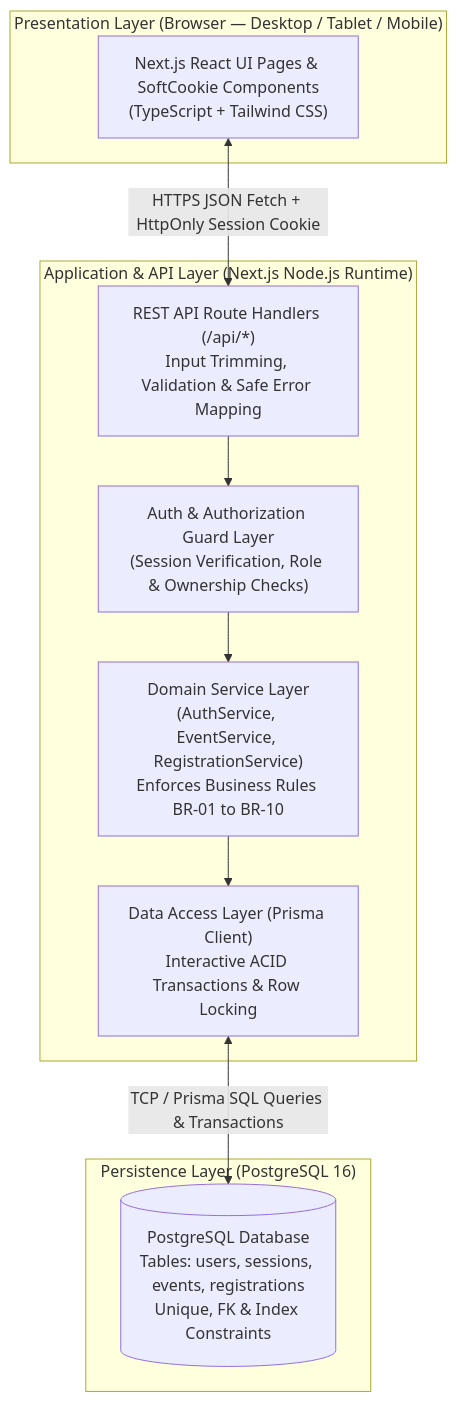
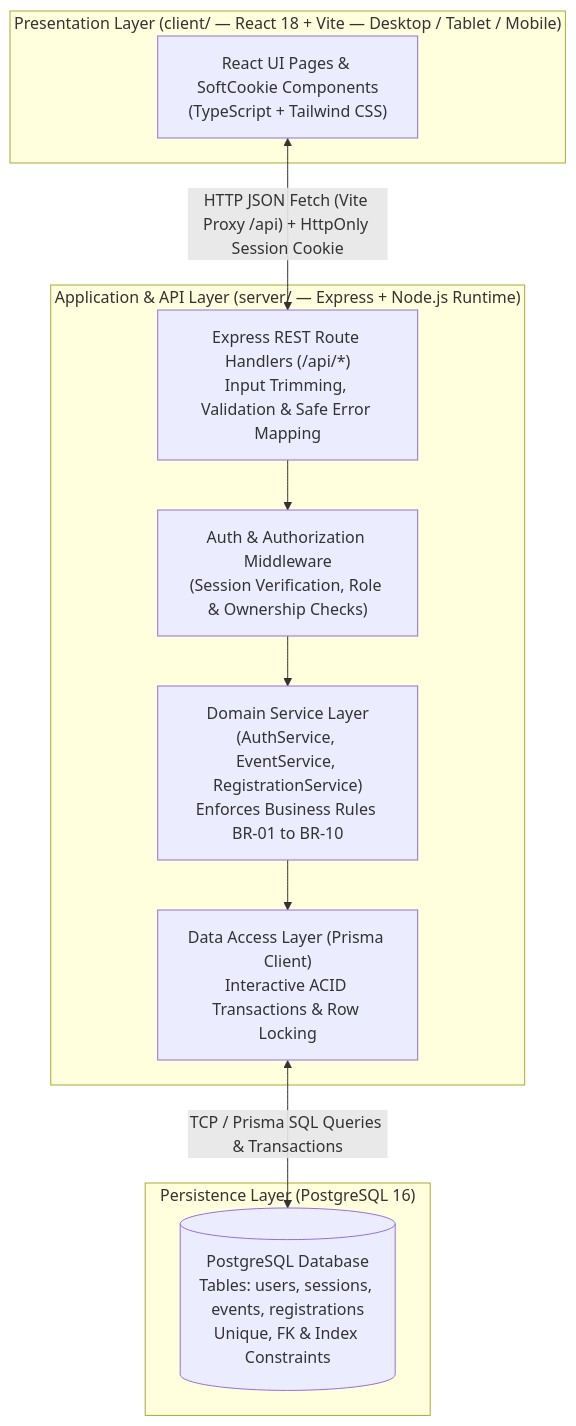
The first of 2 diagrams in docs/system-sds.md (Mw-209/TH-011_SoftCookie), drawn with Mermaid before and after one commit. The commit also changed other lines of this file and 8 other files, not shown here.

Commit message:
docs: align stack, routes, and monorepo paths to React+Vite+Express

````diff
--- a/docs/system-sds.md
+++ b/docs/system-sds.md
@@ -16,23 +16,23 @@
 ```mermaid
 flowchart TB
-    subgraph Client["Presentation Layer (Browser — Desktop / Tablet / Mobile)"]
-        UI["Next.js React UI Pages & SoftCookie Components<br/>(TypeScript + Tailwind CSS)"]
+    subgraph Client["Presentation Layer (client/ — React 18 + Vite — Desktop / Tablet / Mobile)"]
+        UI["React UI Pages & SoftCookie Components<br/>(TypeScript + Tailwind CSS)"]
     end
 
-    subgraph Server["Application & API Layer (Next.js Node.js Runtime)"]
-        API["REST API Route Handlers (/api/*)<br/>Input Trimming, Validation & Safe Error Mapping"]
-        AUTH["Auth & Authorization Guard Layer<br/>(Session Verification, Role & Ownership Checks)"]
+    subgraph Server["Application & API Layer (server/ — Express + Node.js Runtime)"]
+        API["Express REST Route Handlers (/api/*)<br/>Input Trimming, Validation & Safe Error Mapping"]
+        AUTH["Auth & Authorization Middleware<br/>(Session Verification, Role & Ownership Checks)"]
         DOM["Domain Service Layer<br/>(AuthService, EventService, RegistrationService)<br/>Enforces Business Rules BR-01 to BR-10"]
         DAL["Data Access Layer (Prisma Client)<br/>Interactive ACID Transactions & Row Locking"]
     end
 
     subgraph DB["Persistence Layer (PostgreSQL 16)"]
         PG[("PostgreSQL Database<br/>Tables: users, sessions, events, registrations<br/>Unique, FK & Index Constraints")]
     end
 
-    UI <-->|"HTTPS JSON Fetch + HttpOnly Session Cookie"| API
+    UI <-->|"HTTP JSON Fetch (Vite Proxy /api) + HttpOnly Session Cookie"| API
     API --> AUTH
     AUTH --> DOM
     DOM --> DAL
     DAL <-->|"TCP / Prisma SQL Queries & Transactions"| PG
 ```
````
